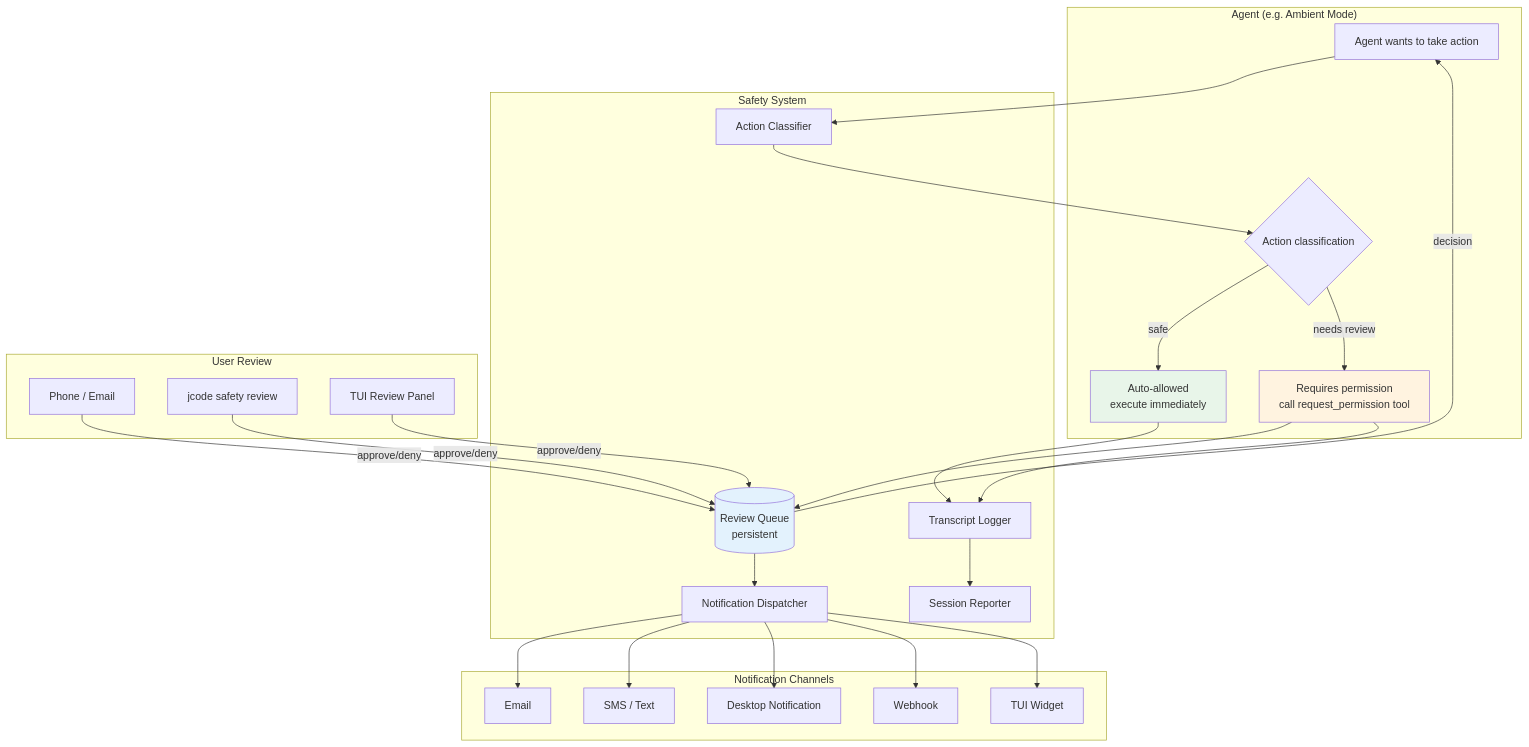
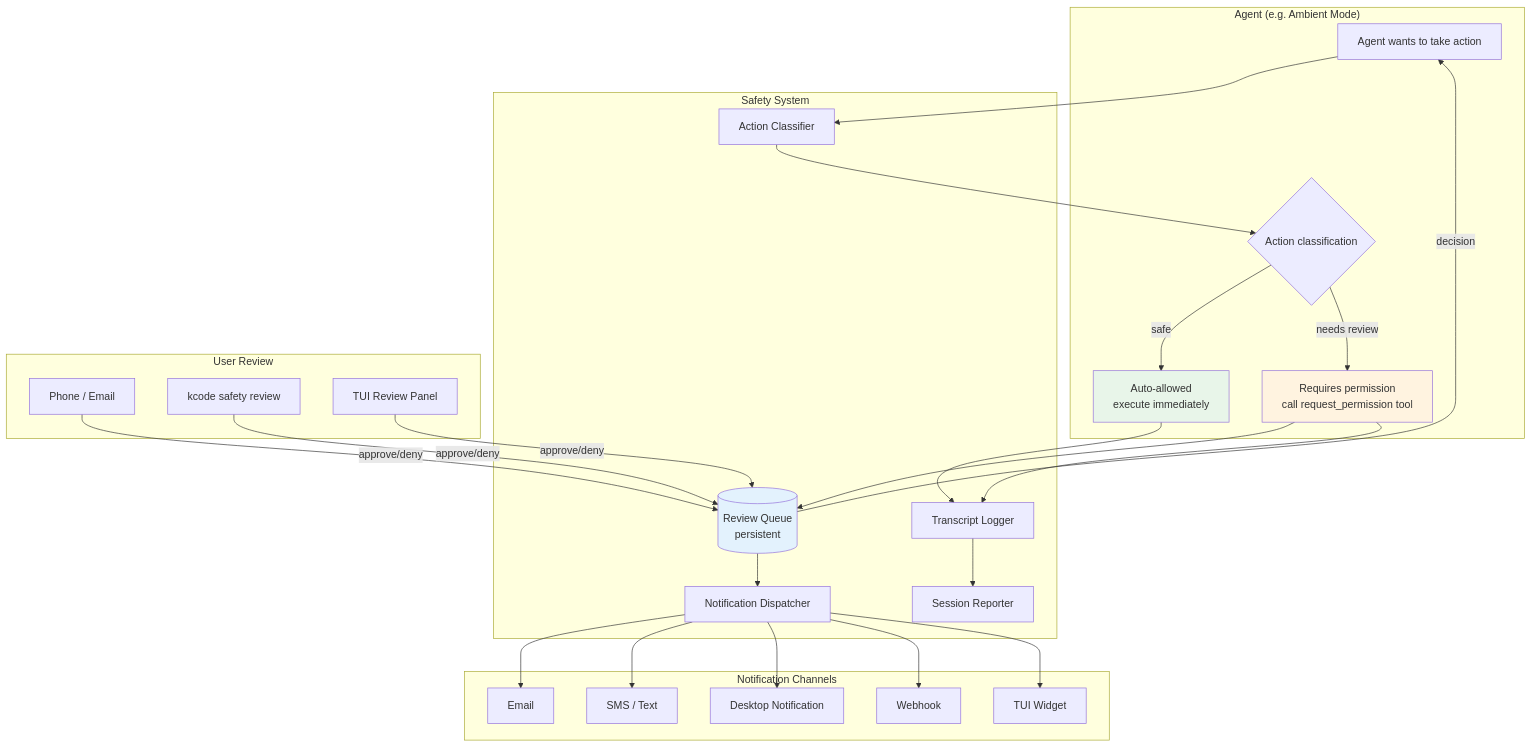
The first of 3 diagrams in docs/SAFETY_SYSTEM.md (zipadoodlez/kcode), drawn with Mermaid before and after one commit. The commit also changed other lines of this file and 39 other files, not shown here.

````diff
--- a/docs/SAFETY_SYSTEM.md
+++ b/docs/SAFETY_SYSTEM.md
@@ -31,57 +31,57 @@
 ```mermaid
 graph TB
     subgraph "Agent (e.g. Ambient Mode)"
         A[Agent wants to take action]
         AC{Action classification}
         AUTO[Auto-allowed<br/>execute immediately]
         PERM[Requires permission<br/>call request_permission tool]
     end
 
     subgraph "Safety System"
         RQ[(Review Queue<br/>persistent)]
         CL[Action Classifier]
         NF[Notification Dispatcher]
         TL[Transcript Logger]
         SR[Session Reporter]
     end
 
     subgraph "Notification Channels"
         EM[Email]
         SM[SMS / Text]
         DN[Desktop Notification]
         WH[Webhook]
         TUI[TUI Widget]
     end
 
     subgraph "User Review"
         PH[Phone / Email]
-        CLI[jcode safety review]
+        CLI[kcode safety review]
         TW[TUI Review Panel]
     end
 
     A --> CL
     CL --> AC
     AC -->|safe| AUTO
     AC -->|needs review| PERM
 
     PERM --> RQ
     RQ --> NF
     NF --> EM
     NF --> SM
     NF --> DN
     NF --> WH
     NF --> TUI
 
     PH -->|approve/deny| RQ
     CLI -->|approve/deny| RQ
     TW -->|approve/deny| RQ
     RQ -->|decision| A
 
     AUTO --> TL
     PERM --> TL
     TL --> SR
 
     style AUTO fill:#e8f5e9
     style PERM fill:#fff3e0
     style RQ fill:#e3f2fd
 ```
````
